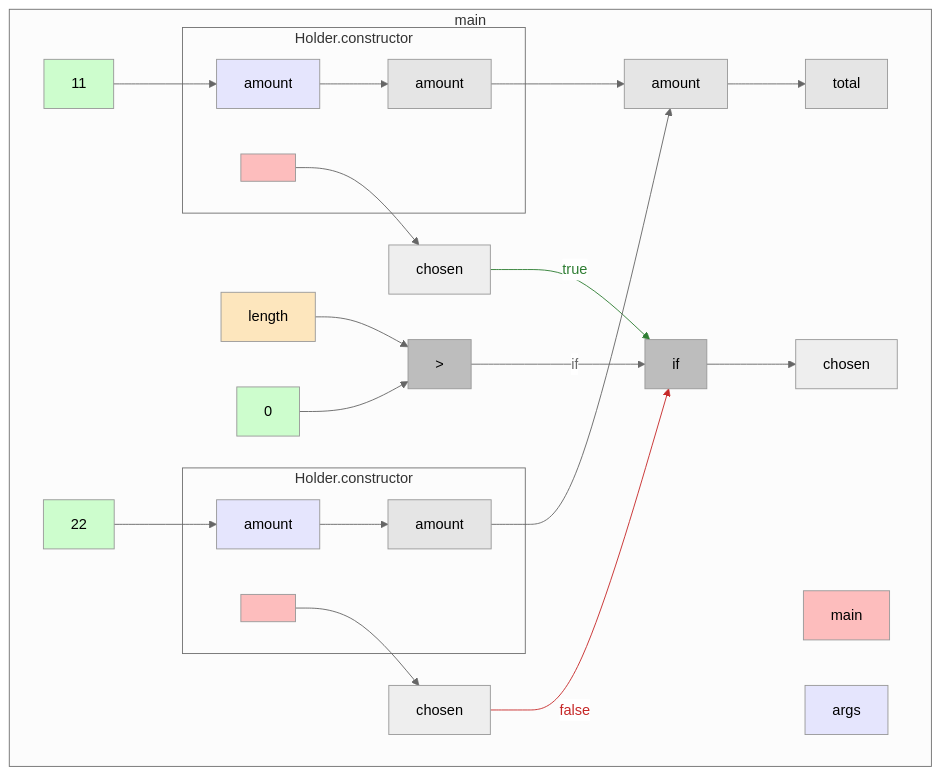
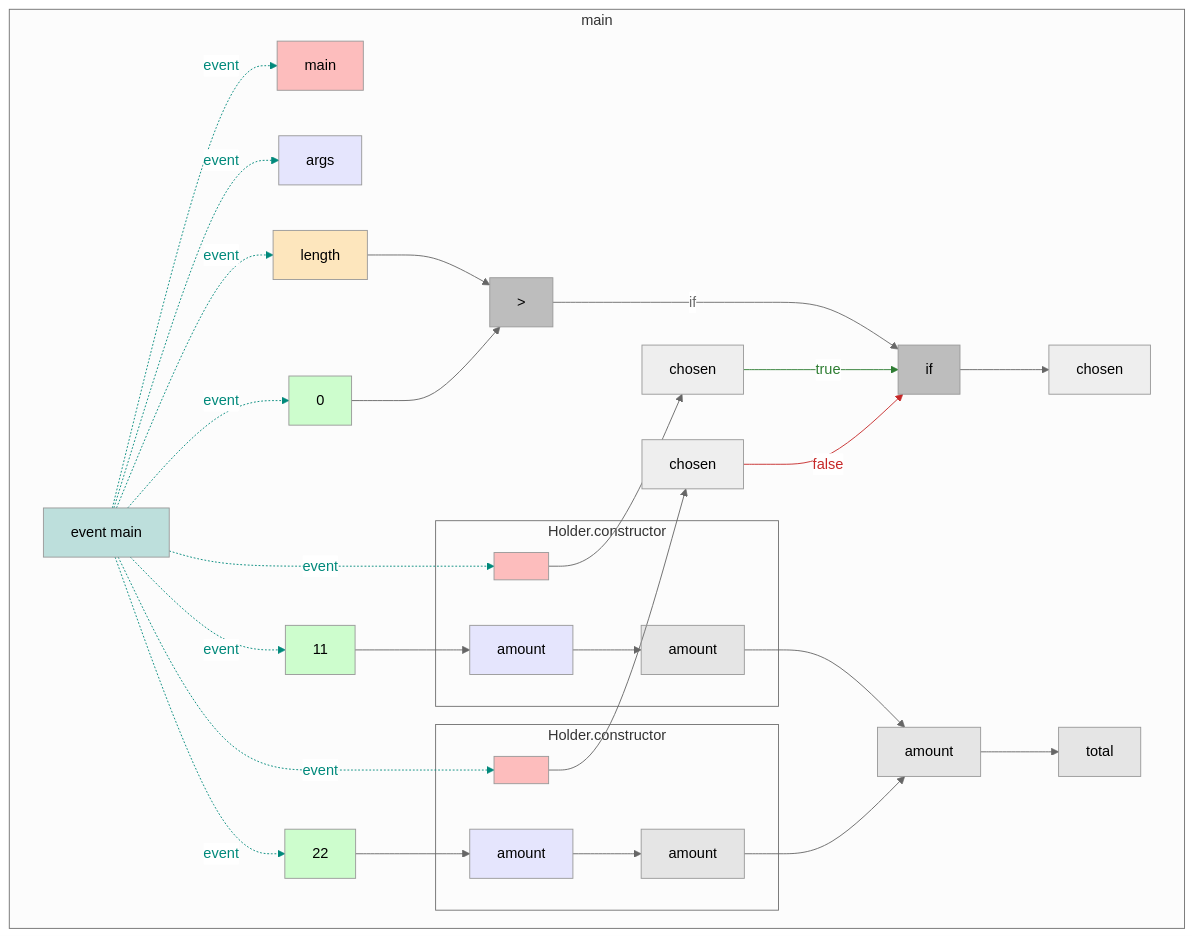
Before and after one commit to gstiebler/codeflow: the diagram in app/src/test/resources/aliasBranch/snapshot.md, drawn with Mermaid (neutral theme). The commit also changed 77 other files, not shown here.

````diff
--- a/app/src/test/resources/aliasBranch/snapshot.md
+++ b/app/src/test/resources/aliasBranch/snapshot.md
@@ -1,53 +1,71 @@
 ```mermaid
 flowchart TD
   subgraph b0["main"]
-    n1[main]:::RETURN
-    n2[args]:::FUNC_PARAM
-    n3[length]:::EXTERNAL
-    n4[0]:::LITERAL
-    n5[>]:::BIN_OP
-    n6[11]:::LITERAL
-    n11[chosen]:::OBJ_VARIABLE
-    n12[22]:::LITERAL
-    n17[chosen]:::OBJ_VARIABLE
-    n18[if]:::BIN_OP
-    n19[chosen]:::OBJ_VARIABLE
-    n20[amount]:::VARIABLE
-    n21[total]:::VARIABLE
-    n3[length]:::EXTERNAL --> n5[>]:::BIN_OP
-    n4[0]:::LITERAL --> n5[>]:::BIN_OP
-    n5[>]:::BIN_OP -->|if| n18[if]:::BIN_OP
-    n6[11]:::LITERAL --> n9[amount]:::FUNC_PARAM
-    n11[chosen]:::OBJ_VARIABLE -->|true| n18[if]:::BIN_OP
-    n12[22]:::LITERAL --> n15[amount]:::FUNC_PARAM
-    n17[chosen]:::OBJ_VARIABLE -->|false| n18[if]:::BIN_OP
-    n18[if]:::BIN_OP --> n19[chosen]:::OBJ_VARIABLE
-    n20[amount]:::VARIABLE --> n21[total]:::VARIABLE
-    n8[<init>]:::RETURN --> n11[chosen]:::OBJ_VARIABLE
-    n10[amount]:::VARIABLE --> n20[amount]:::VARIABLE
-    n14[<init>]:::RETURN --> n17[chosen]:::OBJ_VARIABLE
-    n16[amount]:::VARIABLE --> n20[amount]:::VARIABLE
-    subgraph b7["Holder.constructor"]
-      n8[<init>]:::RETURN
-      n9[amount]:::FUNC_PARAM
-      n10[amount]:::VARIABLE
-      n9[amount]:::FUNC_PARAM --> n10[amount]:::VARIABLE
+    n1[event main]:::EVENT
+    n2[main]:::RETURN
+    n3[args]:::FUNC_PARAM
+    n4[length]:::EXTERNAL
+    n5[0]:::LITERAL
+    n6[>]:::BIN_OP
+    n7[11]:::LITERAL
+    n12[chosen]:::OBJ_VARIABLE
+    n13[22]:::LITERAL
+    n18[chosen]:::OBJ_VARIABLE
+    n19[if]:::BIN_OP
+    n20[chosen]:::OBJ_VARIABLE
+    n21[amount]:::VARIABLE
+    n22[total]:::VARIABLE
+    n1[event main]:::EVENT -. event .-> n2[main]:::RETURN
+    n1[event main]:::EVENT -. event .-> n3[args]:::FUNC_PARAM
+    n1[event main]:::EVENT -. event .-> n4[length]:::EXTERNAL
+    n1[event main]:::EVENT -. event .-> n5[0]:::LITERAL
+    n1[event main]:::EVENT -. event .-> n7[11]:::LITERAL
+    n1[event main]:::EVENT -. event .-> n13[22]:::LITERAL
+    n1[event main]:::EVENT -. event .-> n9[<init>]:::RETURN
+    n1[event main]:::EVENT -. event .-> n15[<init>]:::RETURN
+    n4[length]:::EXTERNAL --> n6[>]:::BIN_OP
+    n5[0]:::LITERAL --> n6[>]:::BIN_OP
+    n6[>]:::BIN_OP -->|if| n19[if]:::BIN_OP
+    n7[11]:::LITERAL --> n10[amount]:::FUNC_PARAM
+    n12[chosen]:::OBJ_VARIABLE -->|true| n19[if]:::BIN_OP
+    n13[22]:::LITERAL --> n16[amount]:::FUNC_PARAM
+    n18[chosen]:::OBJ_VARIABLE -->|false| n19[if]:::BIN_OP
+    n19[if]:::BIN_OP --> n20[chosen]:::OBJ_VARIABLE
+    n21[amount]:::VARIABLE --> n22[total]:::VARIABLE
+    n9[<init>]:::RETURN --> n12[chosen]:::OBJ_VARIABLE
+    n11[amount]:::VARIABLE --> n21[amount]:::VARIABLE
+    n15[<init>]:::RETURN --> n18[chosen]:::OBJ_VARIABLE
+    n17[amount]:::VARIABLE --> n21[amount]:::VARIABLE
+    subgraph b8["Holder.constructor"]
+      n9[<init>]:::RETURN
+      n10[amount]:::FUNC_PARAM
+      n11[amount]:::VARIABLE
+      n10[amount]:::FUNC_PARAM --> n11[amount]:::VARIABLE
     end
-    subgraph b13["Holder.constructor"]
-      n14[<init>]:::RETURN
-      n15[amount]:::FUNC_PARAM
-      n16[amount]:::VARIABLE
-      n15[amount]:::FUNC_PARAM --> n16[amount]:::VARIABLE
+    subgraph b14["Holder.constructor"]
+      n15[<init>]:::RETURN
+      n16[amount]:::FUNC_PARAM
+      n17[amount]:::VARIABLE
+      n16[amount]:::FUNC_PARAM --> n17[amount]:::VARIABLE
     end
   end
-  linkStyle 2 stroke:#6a6a6a,color:#6a6a6a
-  linkStyle 4 stroke:#2e7d32,color:#2e7d32
-  linkStyle 6 stroke:#c62828,color:#c62828
+  linkStyle 0 stroke:#00897b,color:#00897b
+  linkStyle 1 stroke:#00897b,color:#00897b
+  linkStyle 2 stroke:#00897b,color:#00897b
+  linkStyle 3 stroke:#00897b,color:#00897b
+  linkStyle 4 stroke:#00897b,color:#00897b
+  linkStyle 5 stroke:#00897b,color:#00897b
+  linkStyle 6 stroke:#00897b,color:#00897b
+  linkStyle 7 stroke:#00897b,color:#00897b
+  linkStyle 10 stroke:#6a6a6a,color:#6a6a6a
+  linkStyle 12 stroke:#2e7d32,color:#2e7d32
+  linkStyle 14 stroke:#c62828,color:#c62828
   classDef LITERAL fill:#00FF0030
   classDef VARIABLE fill:#80808030
   classDef BIN_OP fill:#80808080
   classDef FUNC_PARAM fill:#8080FF30
   classDef RETURN fill:#FF808080
   classDef EXTERNAL fill:#FFA50040
   classDef UNMODELLED fill:#FF000030,stroke-dasharray: 4 2
+  classDef EVENT fill:#00897B40
 ```
````
